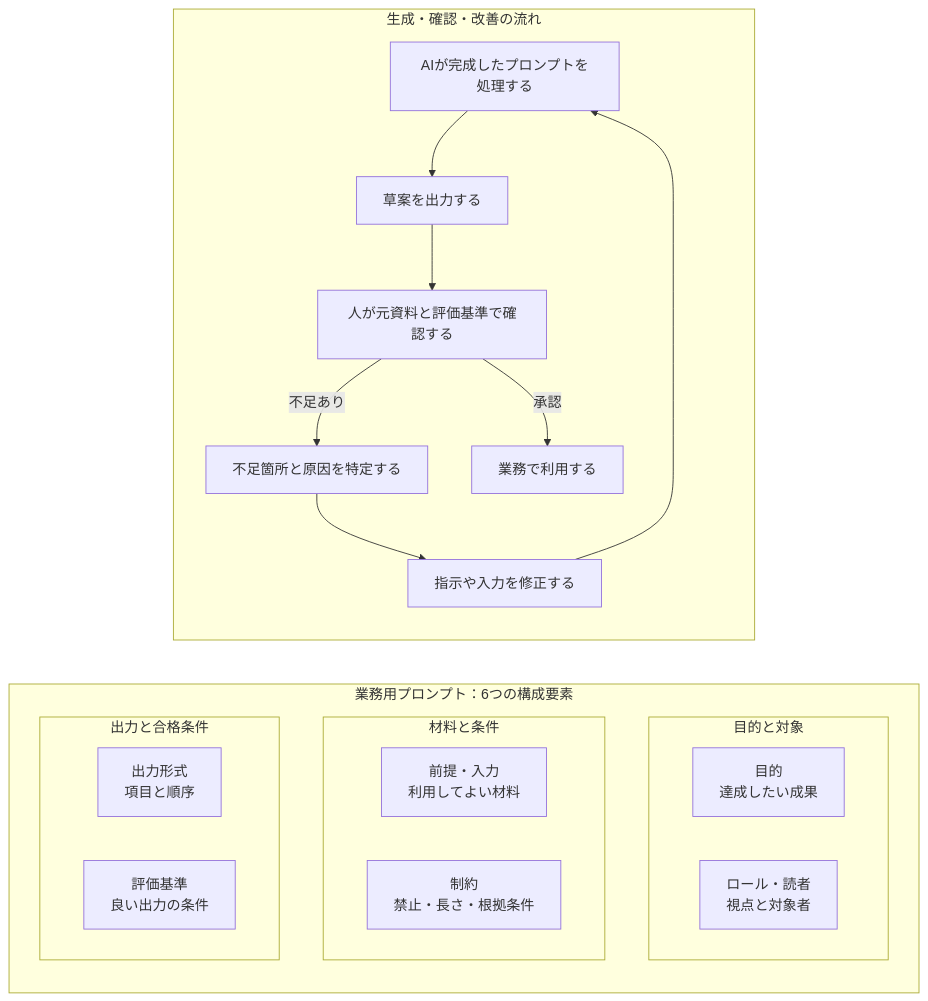
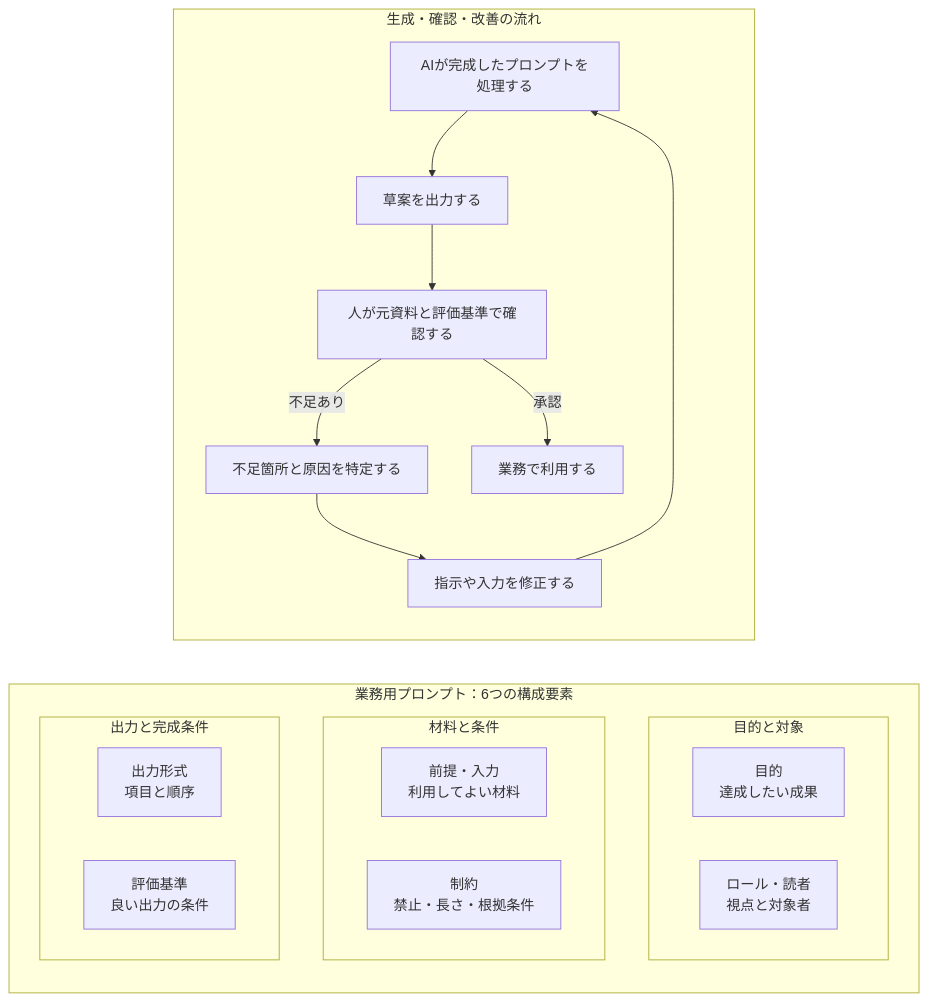
One commit to kiyo37/AI-- changed the first of 4 diagrams in ai-business-efficiency-instructor-content/03_prompt_engineering.md. Above: the diagram before and after it, drawn with Mermaid. The commit also changed other lines of this file and 48 other files, not shown here.

````diff
--- a/ai-business-efficiency-instructor-content/03_prompt_engineering.md
+++ b/ai-business-efficiency-instructor-content/03_prompt_engineering.md
@@ -54,34 +54,34 @@
 ```mermaid
 flowchart LR
     subgraph SPEC["業務用プロンプト：6つの構成要素"]
         direction TB
 
         subgraph SPEC1["目的と対象"]
             direction LR
             A["目的<br/>達成したい成果"]
             B["ロール・読者<br/>視点と対象者"]
         end
 
         subgraph SPEC2["材料と条件"]
             direction LR
             C["前提・入力<br/>利用してよい材料"]
             D["制約<br/>禁止・長さ・根拠条件"]
         end
 
-        subgraph SPEC3["出力と合格条件"]
+        subgraph SPEC3["出力と完成条件"]
             direction LR
             E["出力形式<br/>項目と順序"]
             F["評価基準<br/>良い出力の条件"]
         end
     end
 
     subgraph RUN["生成・確認・改善の流れ"]
         direction TB
         H["AIが完成したプロンプトを処理する"] --> I["草案を出力する"]
         I --> J["人が元資料と評価基準で確認する"]
         J -->|不足あり| L["不足箇所と原因を特定する"]
         L --> M["指示や入力を修正する"]
         M --> H
         J -->|承認| K["業務で利用する"]
     end
 ```
````
